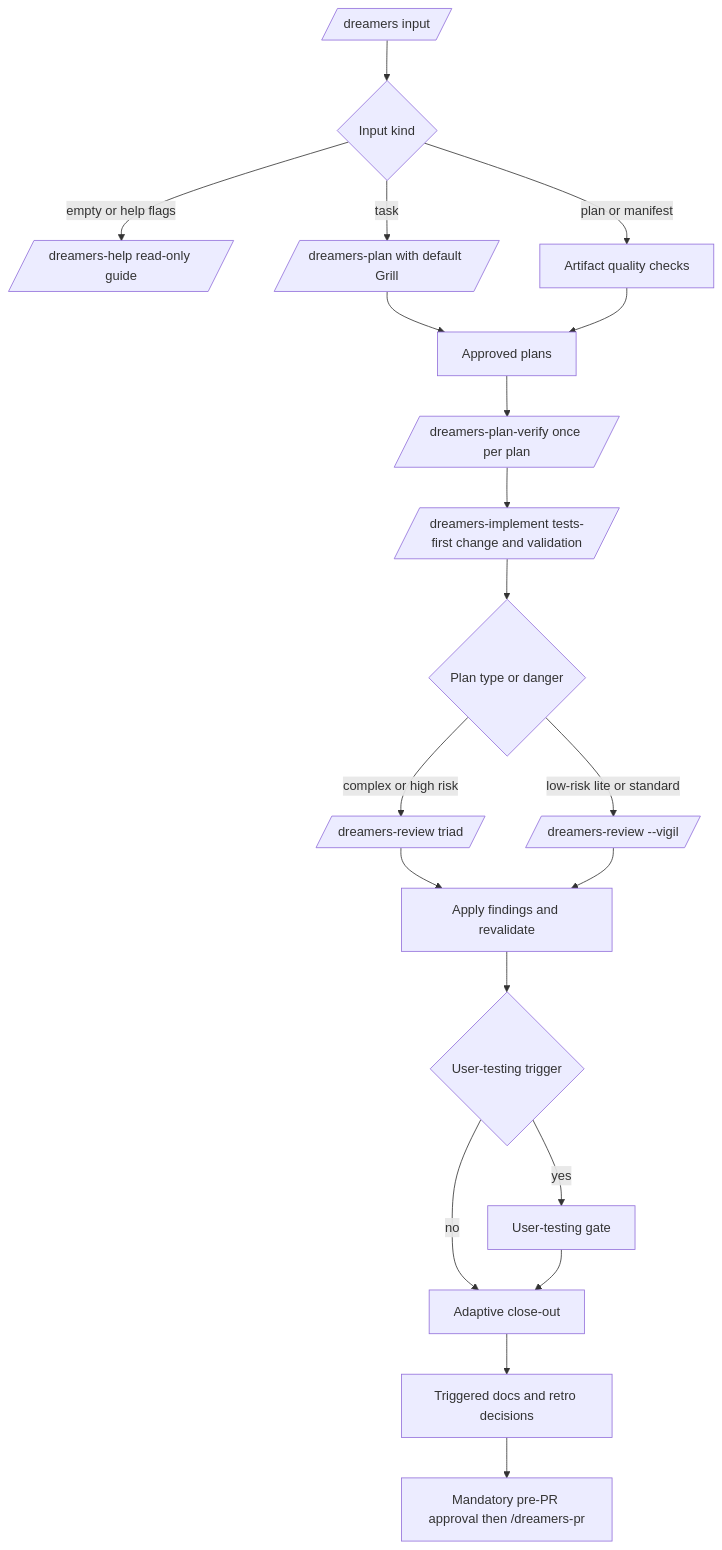
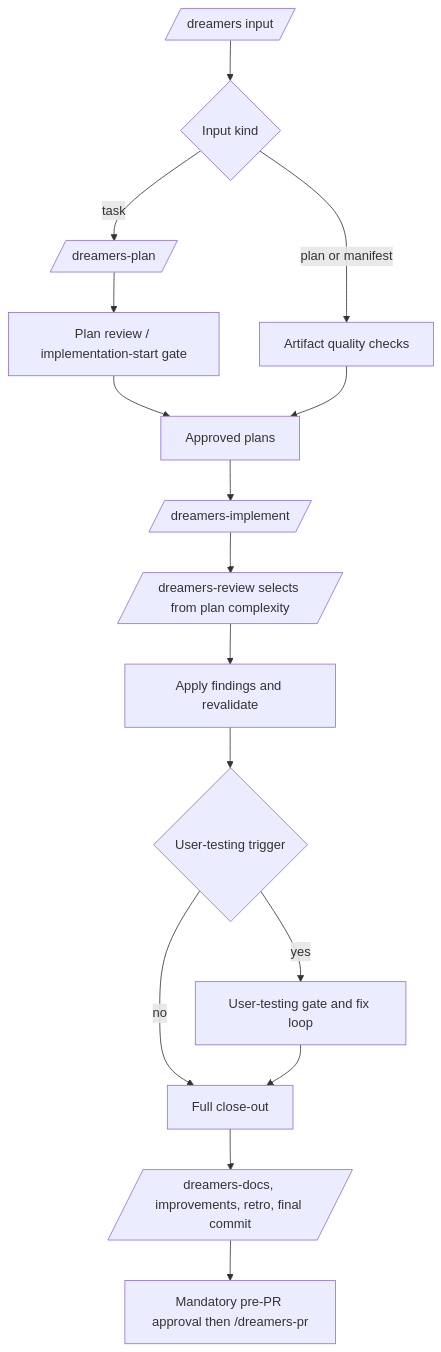
One commit to mrStorrs/dreamers-copilot changed the diagram in .github/skills/dreamers/readme.md. Above: the diagram before and after it, drawn with Mermaid. The commit also changed other lines of this file and 27 other files, not shown here.

```diff
--- a/.github/skills/dreamers/readme.md
+++ b/.github/skills/dreamers/readme.md
@@ -5,22 +5,18 @@
 ~~~mermaid
 flowchart TD
     I[/dreamers input/] --> R{Input kind}
-    R -->|empty or help flags| H[/dreamers-help read-only guide/]
-    R -->|task| P[/dreamers-plan with default Grill/]
+    R -->|task| P[/dreamers-plan/]
     R -->|plan or manifest| Q[Artifact quality checks]
-    P --> A[Approved plans]
+    P --> G[Plan review / implementation-start gate]
+    G --> A[Approved plans]
     Q --> A
-    A --> PV[/dreamers-plan-verify once per plan/]
-    PV --> T[/dreamers-implement tests-first change and validation/]
-    T --> S{Plan type or danger}
-    S -->|complex or high risk| F[/dreamers-review triad/]
-    S -->|low-risk lite or standard| V[/dreamers-review --vigil/]
-    F --> X[Apply findings and revalidate]
-    V --> X
+    A --> T[/dreamers-implement/]
+    T --> V[/dreamers-review selects from plan complexity/]
+    V --> X[Apply findings and revalidate]
     X --> U{User-testing trigger}
-    U -->|yes| G[User-testing gate]
-    U -->|no| C[Adaptive close-out]
-    G --> C
-    C --> D[Triggered docs and retro decisions]
+    U -->|yes| UT[User-testing gate and fix loop]
+    U -->|no| C[Full close-out]
+    UT --> C
+    C --> D[/dreamers-docs, improvements, retro, final commit/]
     D --> PR[Mandatory pre-PR approval then /dreamers-pr]
 ~~~
```
